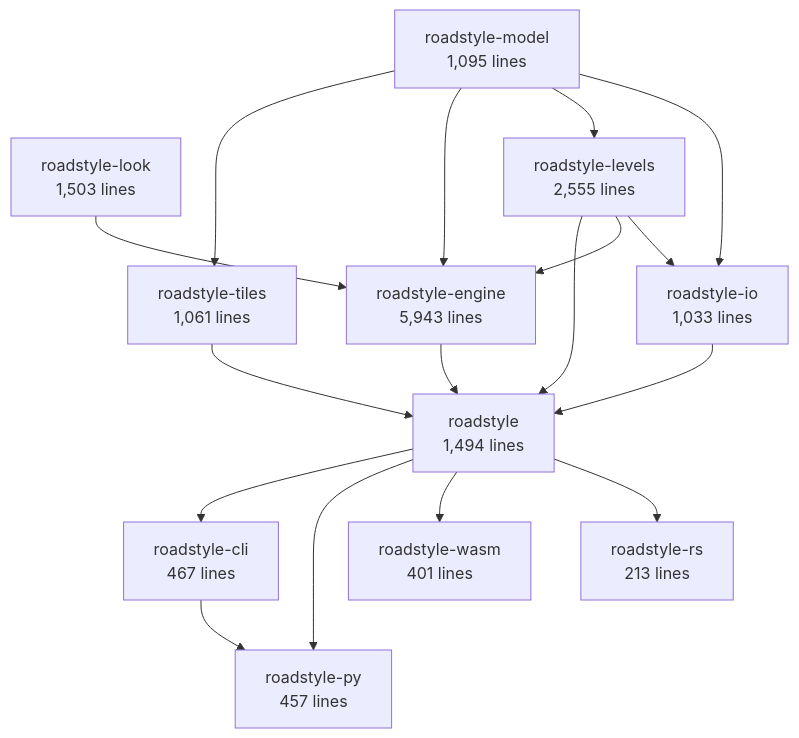
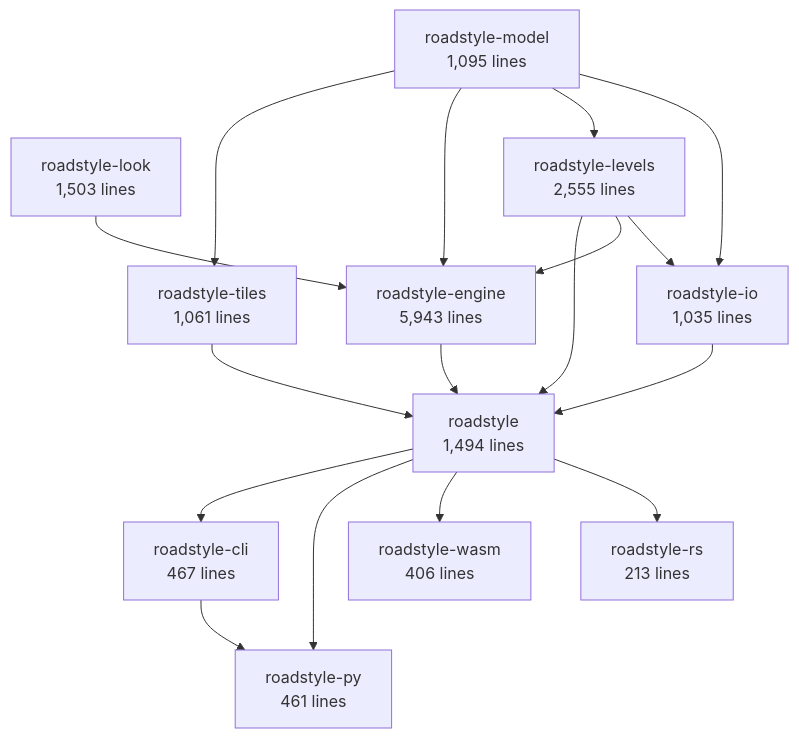
Before and after one commit to Khoshkhah/roadstyle: the second of 6 diagrams in docs/rust/architecture.md, drawn with Mermaid. The commit also changed other lines of this file and 6 other files, not shown here.

````diff
--- a/docs/rust/architecture.md
+++ b/docs/rust/architecture.md
@@ -69,30 +69,30 @@
 ```mermaid
 flowchart TB
     roadstyle_model["roadstyle-model<br/>1,095 lines"]
     roadstyle_look["roadstyle-look<br/>1,503 lines"]
-    roadstyle_io["roadstyle-io<br/>1,033 lines"]
+    roadstyle_io["roadstyle-io<br/>1,035 lines"]
     roadstyle_levels["roadstyle-levels<br/>2,555 lines"]
     roadstyle_engine["roadstyle-engine<br/>5,943 lines"]
     roadstyle_tiles["roadstyle-tiles<br/>1,061 lines"]
     roadstyle["roadstyle<br/>1,494 lines"]
     roadstyle_rs["roadstyle-rs<br/>213 lines"]
-    roadstyle_wasm["roadstyle-wasm<br/>401 lines"]
-    roadstyle_py["roadstyle-py<br/>457 lines"]
+    roadstyle_wasm["roadstyle-wasm<br/>406 lines"]
+    roadstyle_py["roadstyle-py<br/>461 lines"]
     roadstyle_cli["roadstyle-cli<br/>467 lines"]
     roadstyle_levels --> roadstyle_io
     roadstyle_model --> roadstyle_io
     roadstyle_model --> roadstyle_levels
     roadstyle_levels --> roadstyle_engine
     roadstyle_look --> roadstyle_engine
     roadstyle_model --> roadstyle_engine
     roadstyle_model --> roadstyle_tiles
     roadstyle_engine --> roadstyle
     roadstyle_io --> roadstyle
     roadstyle_levels --> roadstyle
     roadstyle_tiles --> roadstyle
     roadstyle --> roadstyle_rs
     roadstyle --> roadstyle_wasm
     roadstyle --> roadstyle_py
     roadstyle_cli --> roadstyle_py
     roadstyle --> roadstyle_cli
 ```
````
